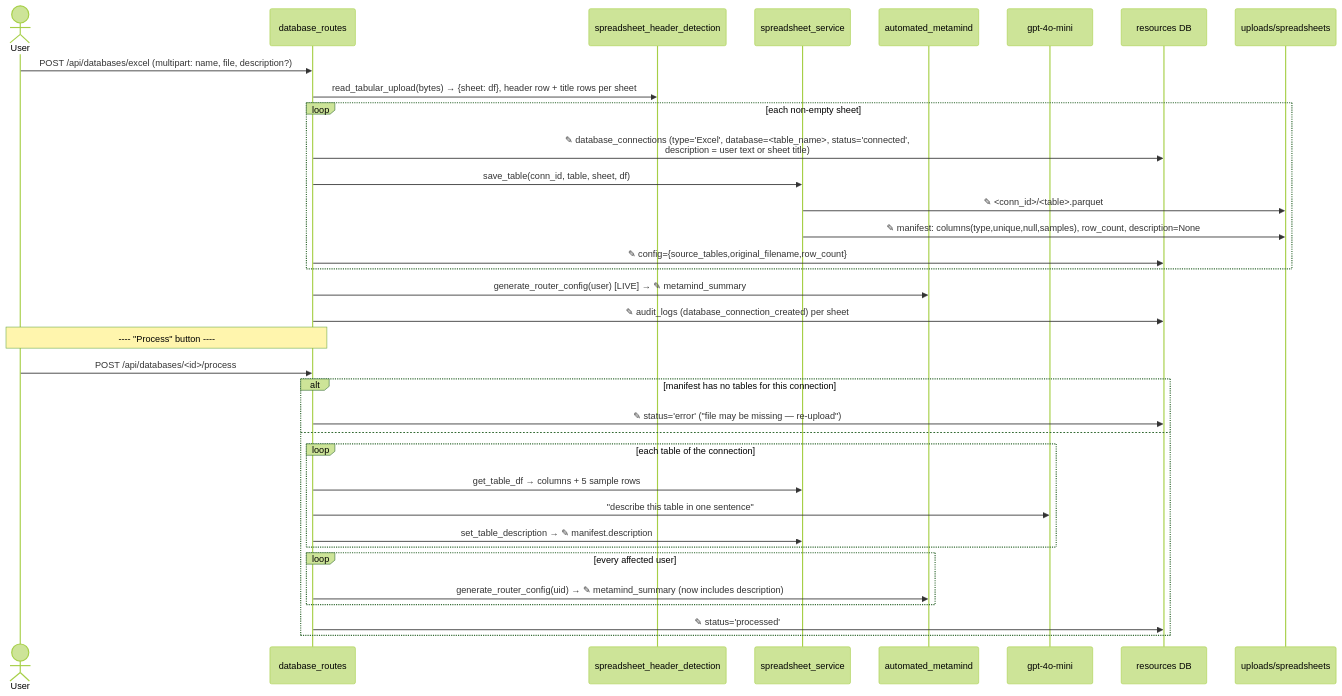
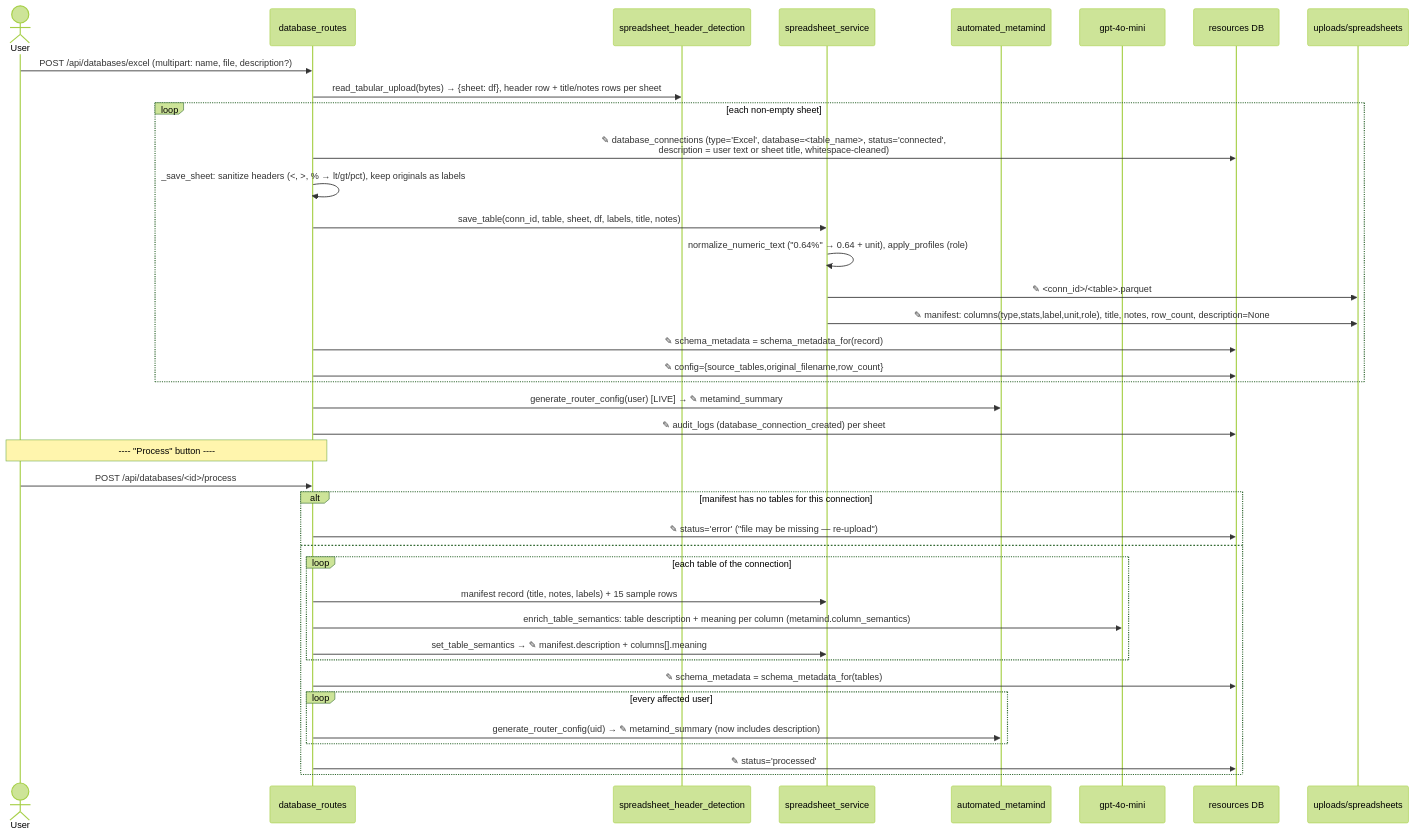
Before and after one commit to TathyumSolutions/SAARTHI2.0: the sixth of 11 diagrams in docs/SAARTHI_DESIGN_DOCUMENT.md, drawn with Mermaid (forest theme). The commit also changed other lines of this file, not shown here.

First line of the commit message:
Merge main; update design doc for result combiner and column intelligence

````diff
--- a/docs/SAARTHI_DESIGN_DOCUMENT.md
+++ b/docs/SAARTHI_DESIGN_DOCUMENT.md
@@ -382,39 +392,43 @@
 ```mermaid
 sequenceDiagram
     actor U as User
     participant R as database_routes
     participant HD as spreadsheet_header_detection
     participant SS as spreadsheet_service
     participant MM as automated_metamind
     participant LLM as gpt-4o-mini
     participant RES as resources DB
     participant FS as uploads/spreadsheets
 
     U->>R: POST /api/databases/excel (multipart: name, file, description?)
-    R->>HD: read_tabular_upload(bytes) → {sheet: df}, header row + title rows per sheet
+    R->>HD: read_tabular_upload(bytes) → {sheet: df}, header row + title/notes rows per sheet
     loop each non-empty sheet
-        R->>RES: ✎ database_connections (type='Excel', database=<table_name>, status='connected',<br/>description = user text or sheet title)
-        R->>SS: save_table(conn_id, table, sheet, df)
+        R->>RES: ✎ database_connections (type='Excel', database=<table_name>, status='connected',<br/>description = user text or sheet title, whitespace-cleaned)
+        R->>R: _save_sheet: sanitize headers (<, >, % → lt/gt/pct), keep originals as labels
+        R->>SS: save_table(conn_id, table, sheet, df, labels, title, notes)
+        SS->>SS: normalize_numeric_text ("0.64%" → 0.64 + unit), apply_profiles (role)
         SS->>FS: ✎ <conn_id>/<table>.parquet
-        SS->>FS: ✎ manifest: columns(type,unique,null,samples), row_count, description=None
+        SS->>FS: ✎ manifest: columns(type,stats,label,unit,role), title, notes, row_count, description=None
+        R->>RES: ✎ schema_metadata = schema_metadata_for(record)
         R->>RES: ✎ config={source_tables,original_filename,row_count}
     end
     R->>MM: generate_router_config(user) [LIVE]  → ✎ metamind_summary
     R->>RES: ✎ audit_logs (database_connection_created) per sheet
 
     Note over U,R: ---- "Process" button ----
     U->>R: POST /api/databases/<id>/process
     alt manifest has no tables for this connection
         R->>RES: ✎ status='error' ("file may be missing — re-upload")
     else
         loop each table of the connection
-            R->>SS: get_table_df → columns + 5 sample rows
-            R->>LLM: "describe this table in one sentence"
-            R->>SS: set_table_description → ✎ manifest.description
+            R->>SS: manifest record (title, notes, labels) + 15 sample rows
+            R->>LLM: enrich_table_semantics: table description + meaning per column (metamind.column_semantics)
+            R->>SS: set_table_semantics → ✎ manifest.description + columns[].meaning
         end
+        R->>RES: ✎ schema_metadata = schema_metadata_for(tables)
         loop every affected user
             R->>MM: generate_router_config(uid) → ✎ metamind_summary (now includes description)
         end
         R->>RES: ✎ status='processed'
     end
 ```
````
